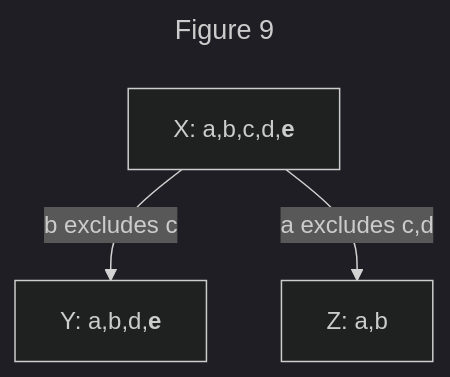
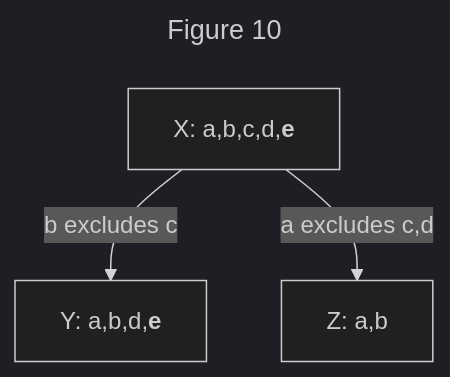
One commit to ssbc/ssb-group-exclusion-spec changed the tenth of 14 diagrams in README.md. Above: the diagram before and after it, drawn with Mermaid (dark theme). The commit also changed other lines of this file, not shown here.

````diff
--- a/README.md
+++ b/README.md
@@ -454,9 +490,9 @@
 ```mermaid
 ---
-title: Figure 9
+title: Figure 10
 ---
 graph TB;
   A[X: a,b,c,d,<b>e</b>]
   A--"b excludes c"-->B[Y: a,b,d,<b>e</b>]
   A--"a excludes c,d"-->C[Z: a,b]
 ```
````
